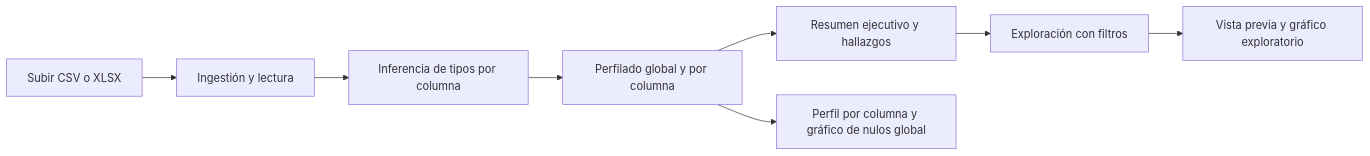
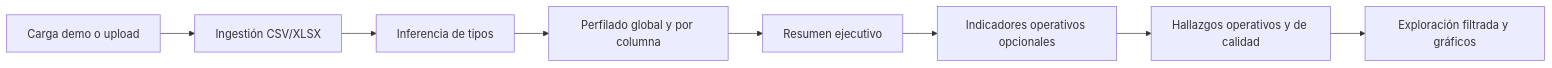
The diagram in README.md (Agus-Delgado/Paradigm-), drawn with Mermaid before and after one commit. The commit also changed other lines of this file and 12 other files, not shown here.

First line of the commit message:
feat: demo consultorio médico con datos sintéticos y capa operativa opcional

````diff
--- a/README.md
+++ b/README.md
@@ -123,10 +147,10 @@
 ```mermaid
 flowchart LR
-  A[Subir CSV o XLSX] --> B[Ingestión y lectura]
-  B --> C[Inferencia de tipos por columna]
+  A[Carga demo o upload] --> B[Ingestión CSV/XLSX]
+  B --> C[Inferencia de tipos]
   C --> D[Perfilado global y por columna]
-  D --> E[Resumen ejecutivo y hallazgos]
-  E --> F[Exploración con filtros]
-  F --> G[Vista previa y gráfico exploratorio]
-  D --> H[Perfil por columna y gráfico de nulos global]
+  D --> E[Resumen ejecutivo]
+  E --> F[Indicadores operativos opcionales]
+  F --> G[Hallazgos operativos y de calidad]
+  G --> H[Exploración filtrada y gráficos]
 ```
````
